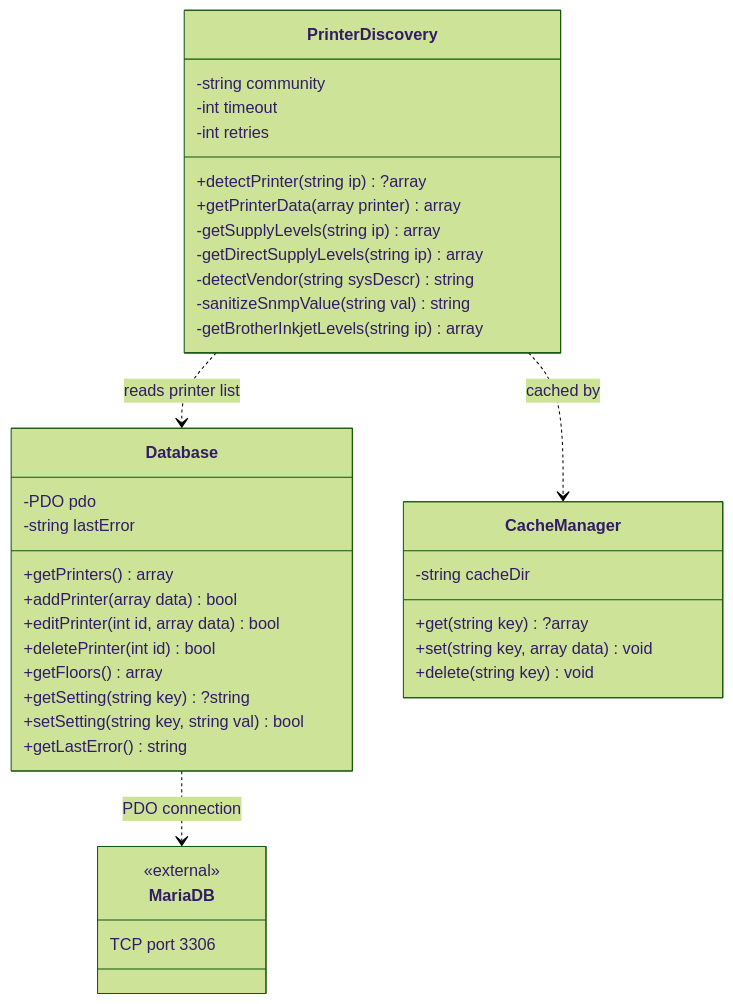
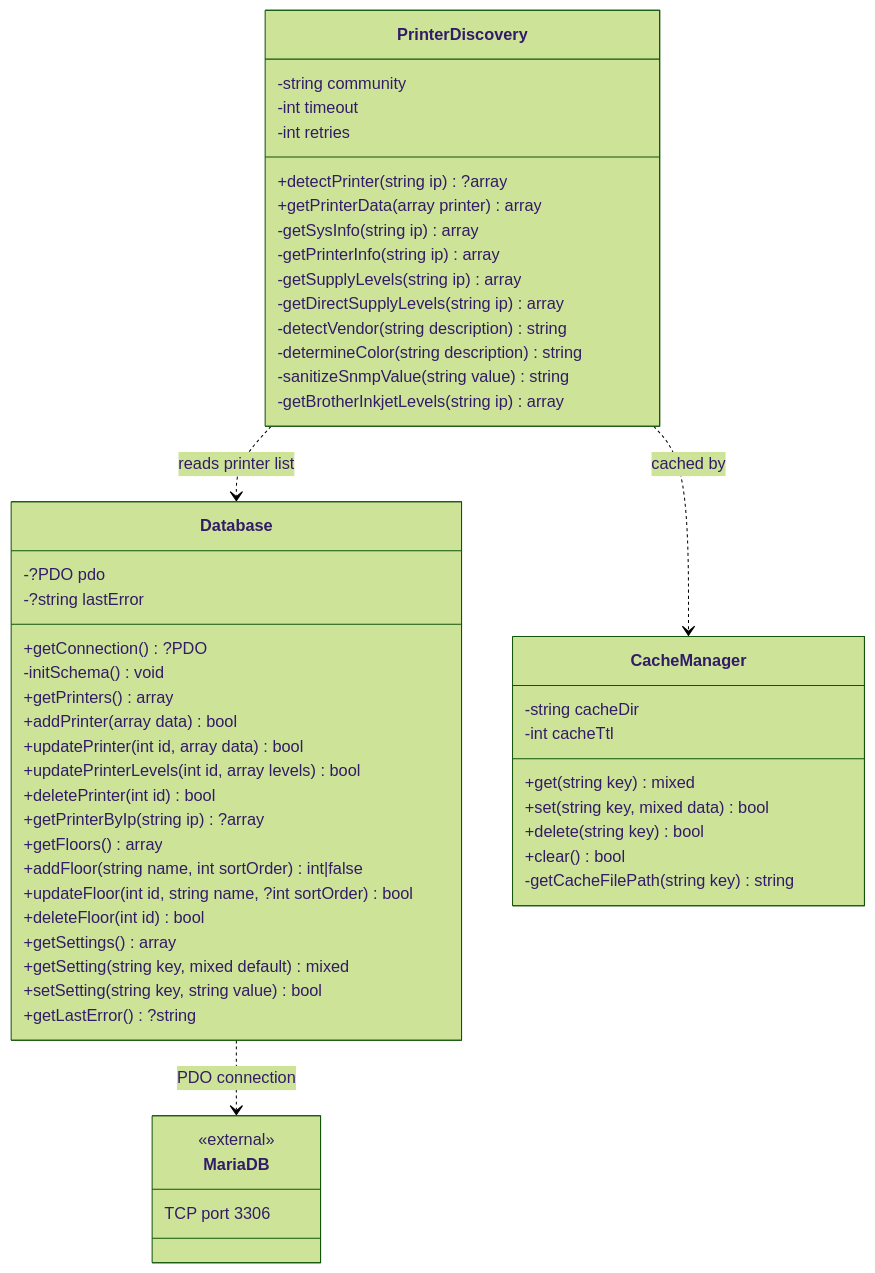
One commit to Silorak/S-printer changed the sixth of 15 diagrams in architecture.md. Above: the diagram before and after it, drawn with Mermaid (forest theme).

````diff
--- a/architecture.md
+++ b/architecture.md
@@ -213,44 +213,58 @@
 ```mermaid
 classDiagram
     class PrinterDiscovery {
         -string community
         -int timeout
         -int retries
         +detectPrinter(string ip) ?array
         +getPrinterData(array printer) array
+        -getSysInfo(string ip) array
+        -getPrinterInfo(string ip) array
         -getSupplyLevels(string ip) array
         -getDirectSupplyLevels(string ip) array
-        -detectVendor(string sysDescr) string
-        -sanitizeSnmpValue(string val) string
+        -detectVendor(string description) string
+        -determineColor(string description) string
+        -sanitizeSnmpValue(string value) string
         -getBrotherInkjetLevels(string ip) array
     }
 
     class Database {
-        -PDO pdo
-        -string lastError
+        -?PDO pdo
+        -?string lastError
+        +getConnection() ?PDO
+        -initSchema() void
         +getPrinters() array
         +addPrinter(array data) bool
-        +editPrinter(int id, array data) bool
+        +updatePrinter(int id, array data) bool
+        +updatePrinterLevels(int id, array levels) bool
         +deletePrinter(int id) bool
+        +getPrinterByIp(string ip) ?array
         +getFloors() array
-        +getSetting(string key) ?string
-        +setSetting(string key, string val) bool
-        +getLastError() string
+        +addFloor(string name, int sortOrder) int|false
+        +updateFloor(int id, string name, ?int sortOrder) bool
+        +deleteFloor(int id) bool
+        +getSettings() array
+        +getSetting(string key, mixed default) mixed
+        +setSetting(string key, string value) bool
+        +getLastError() ?string
     }
 
     class CacheManager {
         -string cacheDir
-        +get(string key) ?array
-        +set(string key, array data) void
-        +delete(string key) void
+        -int cacheTtl
+        +get(string key) mixed
+        +set(string key, mixed data) bool
+        +delete(string key) bool
+        +clear() bool
+        -getCacheFilePath(string key) string
     }
 
     PrinterDiscovery ..> Database : reads printer list
     PrinterDiscovery ..> CacheManager : cached by
     Database ..> MariaDB : PDO connection
 
     class MariaDB {
         <<external>>
         TCP port 3306
     }
 ```
````
